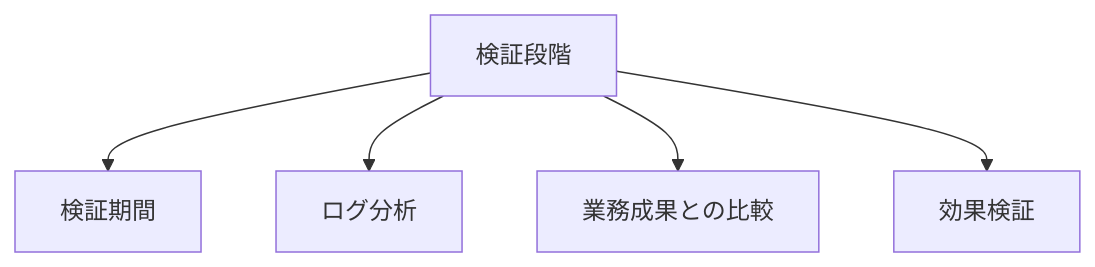
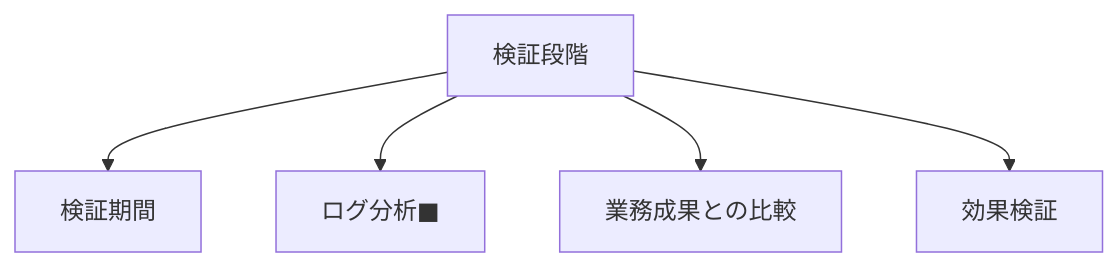
Before and after one commit to SparklingDetergent/doc_genai_Using_Generative_AI_with_Mac_Mini_-Introduction-: the seventh of 10 diagrams in README.md, drawn with Mermaid. The commit also changed other lines of this file, not shown here.

````diff
--- a/README.md
+++ b/README.md
@@ -115,7 +108,7 @@
 ```mermaid
 graph TD
     A[検証段階] --> B[検証期間]
-    A --> C[ログ分析]
+    A --> C[ログ分析■]
     A --> D[業務成果との比較]
     A --> E[効果検証]
 ```
````
